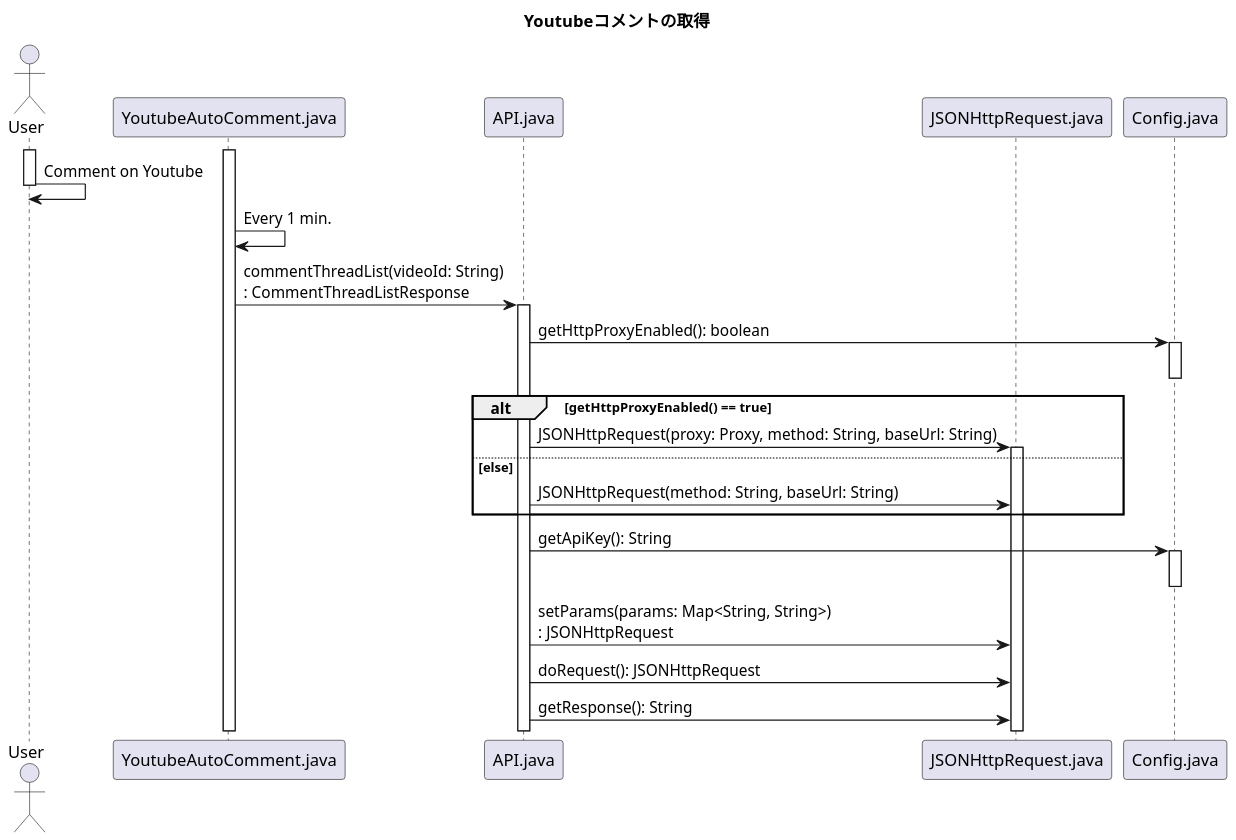
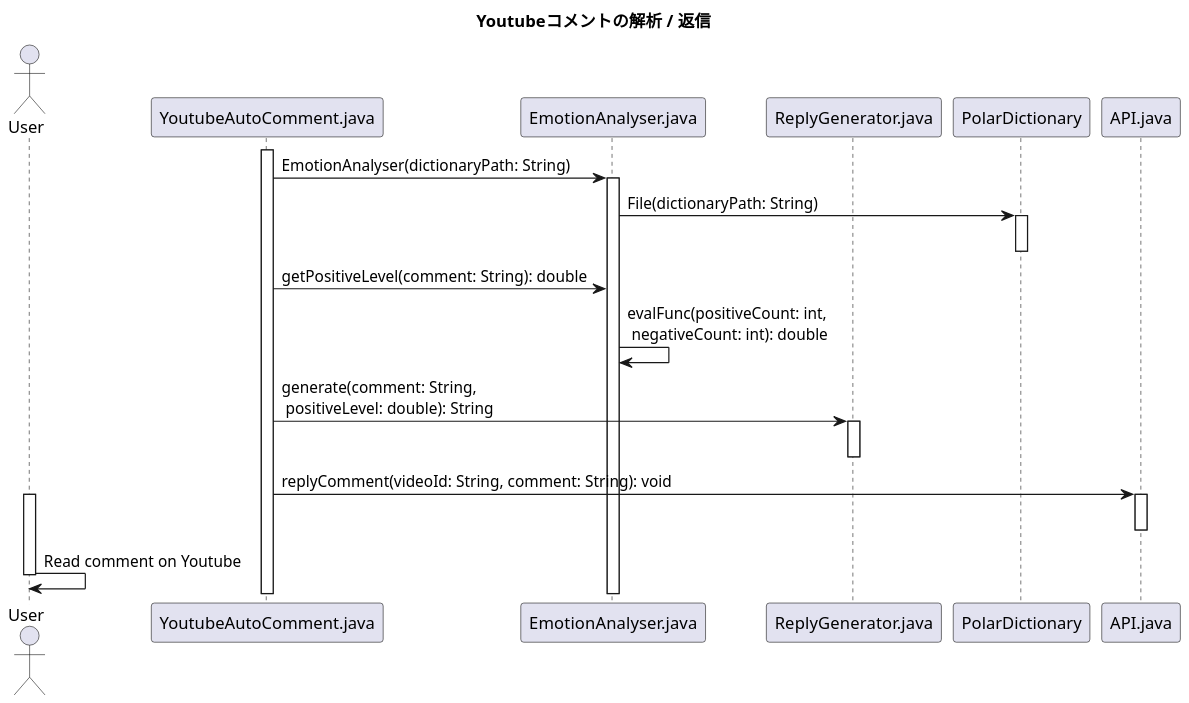
Before and after one commit to KataokaNagi/YoutubeAutoComment: the diagram in uml/YoutubeAutoComment_SequenceDiagram_CommentAnalyser.pu, drawn with PlantUML. The commit also changed other lines of this file, not shown here.

Commit message:
図の作成

```diff
--- a/uml/YoutubeAutoComment_SequenceDiagram_CommentAnalyser.pu
+++ b/uml/YoutubeAutoComment_SequenceDiagram_CommentAnalyser.pu
@@ -13,78 +14,55 @@
 @startuml out/SequenceDiagram_CommentAnalyser.png
 scale 1.5
 skinparam DefaultFontName メイリオ
 ' 可視性の変更
 skinparam classAttributeIconSize 0
 
 ''''''''''''''''''''''''''''''''''''''''''''''''''
 
 title
-**Youtubeコメントの取得**
+**Youtubeコメントの解析 / 返信**
 end title
 
 ''''''''''''''''''''''''''''''''''''''''''''''''''''''''''''''''''''''''''''''''
 
 actor User
 participant YoutubeAutoComment.java
+participant EmotionAnalyser.java
+participant ReplyGenerator.java
+participant PolarDictionary
 participant API.java
-participant JSONHttpRequest.java
-participant Config.java
-' 冗長？
-' participant HashMap.java
-' participant ObjectMapper.java
-
-' participant EmoationAnalyser.java
-' participant ReplyGenerator.java
 
 ''''''''''''''''''''''''''''''''''''''''''''''''''''''''''''''''''''''''''''''''
 activate YoutubeAutoComment.java
+YoutubeAutoComment.java -> EmotionAnalyser.java: EmotionAnalyser(dictionaryPath: String)
+activate EmotionAnalyser.java
 
-activate User
-User -> User: Comment on Youtube
-deactivate User
-
-''''''''''''''''''''''''''''''''''''''''''''''''''
-' activate YoutubeAutoComment.java
-YoutubeAutoComment.java -> YoutubeAutoComment.java: Every 1 min.
-' deactivate YoutubeAutoComment.java
+EmotionAnalyser.java -> PolarDictionary: File(dictionaryPath: String)
+activate PolarDictionary
+deactivate PolarDictionary
 
 ''''''''''''''''''''''''''''''''''''''''''''''''''
 
-YoutubeAutoComment.java -> API.java: commentThreadList(videoId: String)\n: CommentThreadListResponse
-activate API.java
+YoutubeAutoComment.java -> EmotionAnalyser.java: getPositiveLevel(comment: String): double
+EmotionAnalyser.java -> EmotionAnalyser.java: evalFunc(positiveCount: int,\n negativeCount: int): double
 
 ''''''''''''''''''''''''''''''''''''''''''''''''''
 
-API.java -> Config.java: getHttpProxyEnabled(): boolean
-activate Config.java
-deactivate Config.java
-
-alt getHttpProxyEnabled() == true
-  API.java -> JSONHttpRequest.java: JSONHttpRequest(proxy: Proxy, method: String, baseUrl: String)
-  activate JSONHttpRequest.java
-else else
-  API.java -> JSONHttpRequest.java: JSONHttpRequest(method: String, baseUrl: String)
-end
+YoutubeAutoComment.java -> ReplyGenerator.java: generate(comment: String,\n positiveLevel: double): String
+activate ReplyGenerator.java
+deactivate ReplyGenerator.java
 
 ''''''''''''''''''''''''''''''''''''''''''''''''''
 
-API.java -> Config.java: getApiKey(): String
-activate Config.java
-deactivate Config.java
-
-' 冗長？
-' API.java -> HashMap.java: put(K: Object, V: Object)
-' API.java -> HashMap.java
-' API.java -> HashMap.java
-' API.java -> HashMap.java
-' API.java -> HashMap.java
+' でっちあげコメント
+YoutubeAutoComment.java -> API.java: replyComment(videoId: String, comment: String): void
+activate API.java
+deactivate API.java
 
 ''''''''''''''''''''''''''''''''''''''''''''''''''
 
-API.java -> JSONHttpRequest.java: setParams(params: Map<String, String>)\n: JSONHttpRequest
-API.java -> JSONHttpRequest.java: doRequest(): JSONHttpRequest
-API.java -> JSONHttpRequest.java: getResponse(): String
-
-''''''''''''''''''''''''''''''''''''''''''''''''''
+activate User
+User -> User: Read comment on Youtube
+deactivate User
 
 @enduml
```
